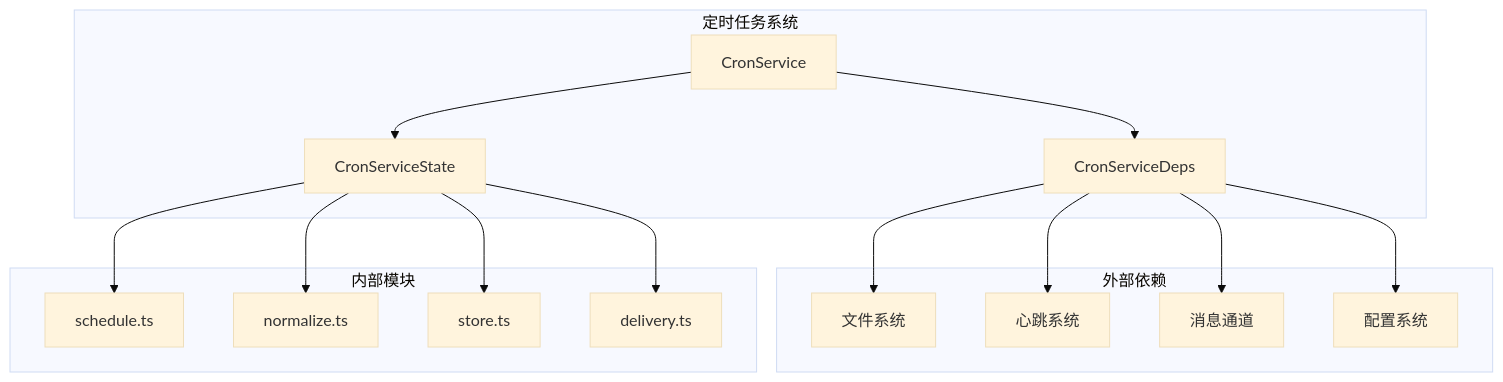
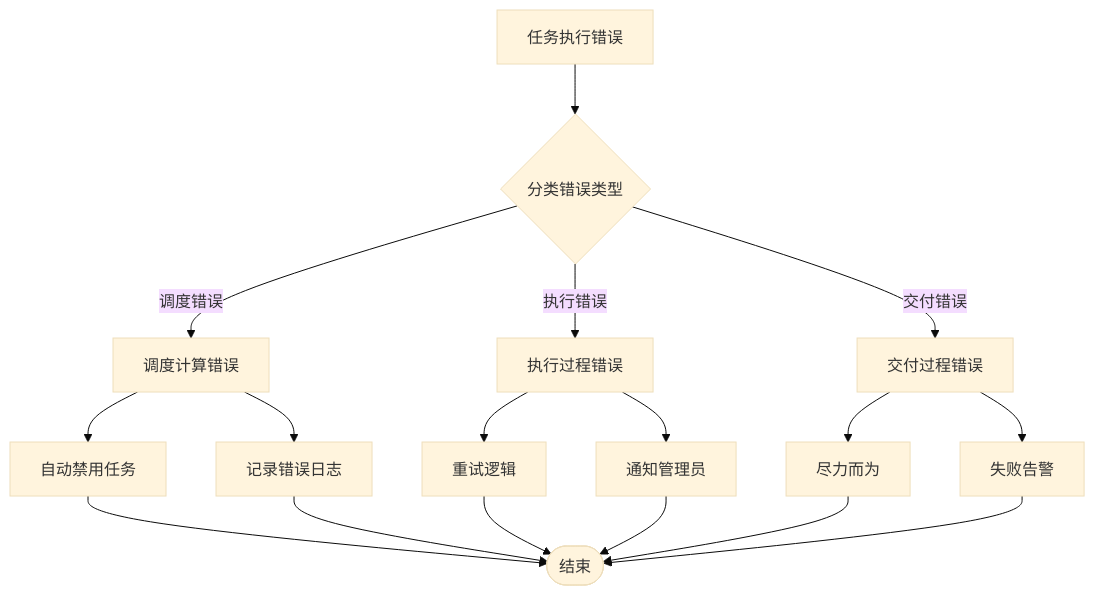
Before and after one commit to verse-ai-org/openclaw: the tenth of 10 diagrams in .qoder/repowiki/zh/content/Web界面/定时任务管理系统.md, drawn with Mermaid (base theme). The commit also changed other lines of this file and 89 other files, not shown here.

````diff
--- a/.qoder/repowiki/zh/content/Web界面/定时任务管理系统.md
+++ b/.qoder/repowiki/zh/content/Web界面/定时任务管理系统.md
@@ -280,30 +478,19 @@
 ```mermaid
-graph TB
-subgraph "定时任务系统"
-A[CronService]
-B[CronServiceDeps]
-C[CronServiceState]
-end
-subgraph "外部依赖"
-D[文件系统]
-E[心跳系统]
-F[消息通道]
-G[配置系统]
-end
-subgraph "内部模块"
-H[schedule.ts]
-I[normalize.ts]
-J[store.ts]
-K[delivery.ts]
-end
-A --> B
-A --> C
-B --> D
-B --> E
-B --> F
-B --> G
-C --> H
-C --> I
-C --> J
-C --> K
+flowchart TD
+TaskError[任务执行错误] --> ClassifyError{分类错误类型}
+ClassifyError --> |调度错误| ScheduleError[调度计算错误]
+ClassifyError --> |执行错误| ExecutionError[执行过程错误]
+ClassifyError --> |交付错误| DeliveryError[交付过程错误]
+ScheduleError --> AutoDisable[自动禁用任务]
+ScheduleError --> LogError[记录错误日志]
+ExecutionError --> RetryLogic[重试逻辑]
+ExecutionError --> NotifyAdmin[通知管理员]
+DeliveryError --> BestEffort[尽力而为]
+DeliveryError --> FailureAlert[失败告警]
+AutoDisable --> End([结束])
+LogError --> End
+RetryLogic --> End
+NotifyAdmin --> End
+BestEffort --> End
+FailureAlert --> End
 ```
````
